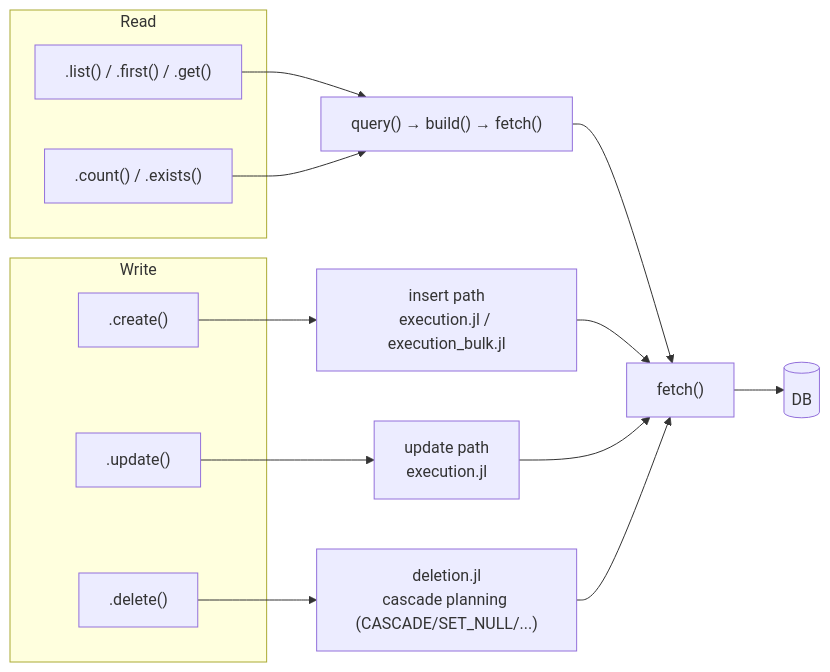
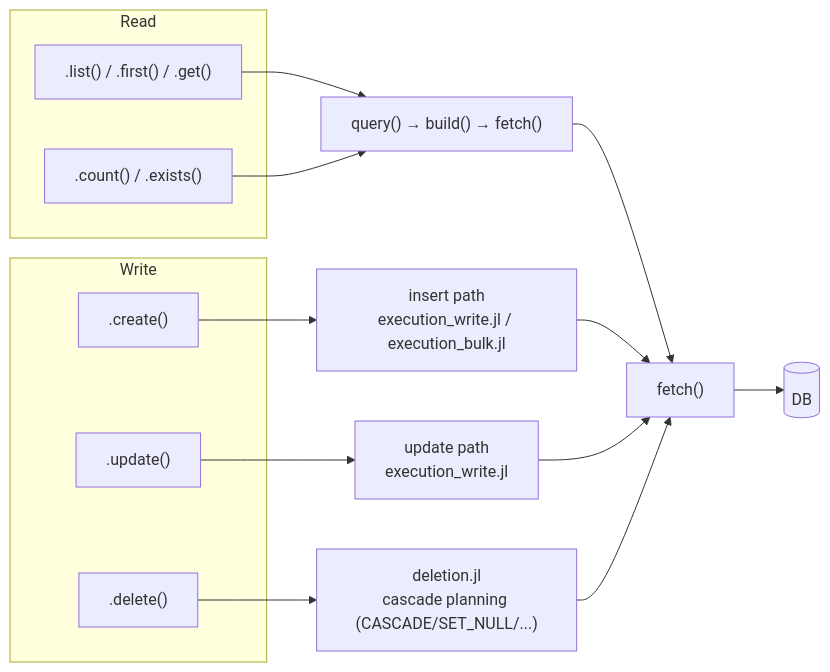
The third of 4 diagrams in docs/src/architecture.md (PingoLee/PormG.jl), drawn with Mermaid before and after one commit. The commit also changed other lines of this file and 27 other files, not shown here.

````diff
--- a/docs/src/architecture.md
+++ b/docs/src/architecture.md
@@ -104,22 +104,22 @@
 ```mermaid
 flowchart LR
   subgraph Read
     L[".list() / .first() / .get()"]
     C[".count() / .exists()"]
   end
   subgraph Write
     CR[".create()"]
     UP[".update()"]
     DE[".delete()"]
   end
   L --> QRY["query() → build() → fetch()"]
   C --> QRY
-  CR --> INS["insert path<br/>execution.jl / execution_bulk.jl"]
-  UP --> UPD["update path<br/>execution.jl"]
+  CR --> INS["insert path<br/>execution_write.jl / execution_bulk.jl"]
+  UP --> UPD["update path<br/>execution_write.jl"]
   DE --> DEL["deletion.jl<br/>cascade planning (CASCADE/SET_NULL/...)"]
   QRY --> FE["fetch()"]
   INS --> FE
   UPD --> FE
   DEL --> FE
   FE --> DB[("DB")]
 ```
````
